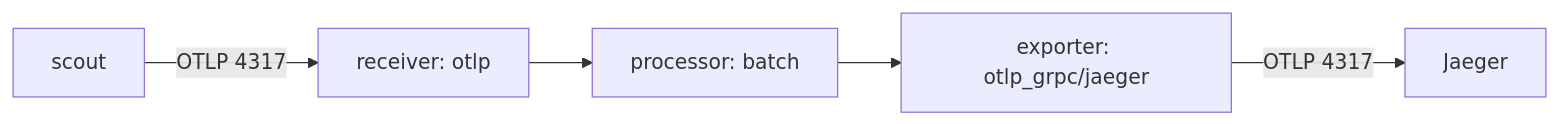
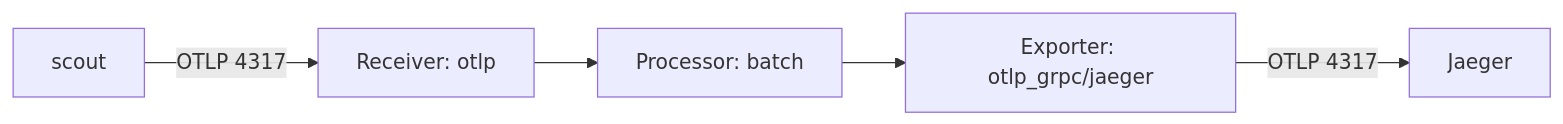
Before and after one commit to astrona-io/ATS020: the diagram in sections/section-030/module-10/course-020-a-collector-with-an-otlp-receiver-and-a-jaeger-exporter.md, drawn with Mermaid. The commit also changed other lines of this file and 74 other files, not shown here.

````diff
--- a/sections/section-030/module-10/course-020-a-collector-with-an-otlp-receiver-and-a-jaeger-exporter.md
+++ b/sections/section-030/module-10/course-020-a-collector-with-an-otlp-receiver-and-a-jaeger-exporter.md
@@ -28,7 +38,7 @@
 ```mermaid
 flowchart LR
-  A["scout"] -->|"OTLP 4317"| R["receiver: otlp"]
-  R --> B["processor: batch"]
-  B --> E["exporter: otlp_grpc/jaeger"]
-  E -->|"OTLP 4317"| J["Jaeger"]
+    A["scout"] -->|"OTLP 4317"| R["Receiver: otlp"]
+    R --> B["Processor: batch"]
+    B --> E["Exporter: otlp_grpc/jaeger"]
+    E -->|"OTLP 4317"| J["Jaeger"]
 ```
````
